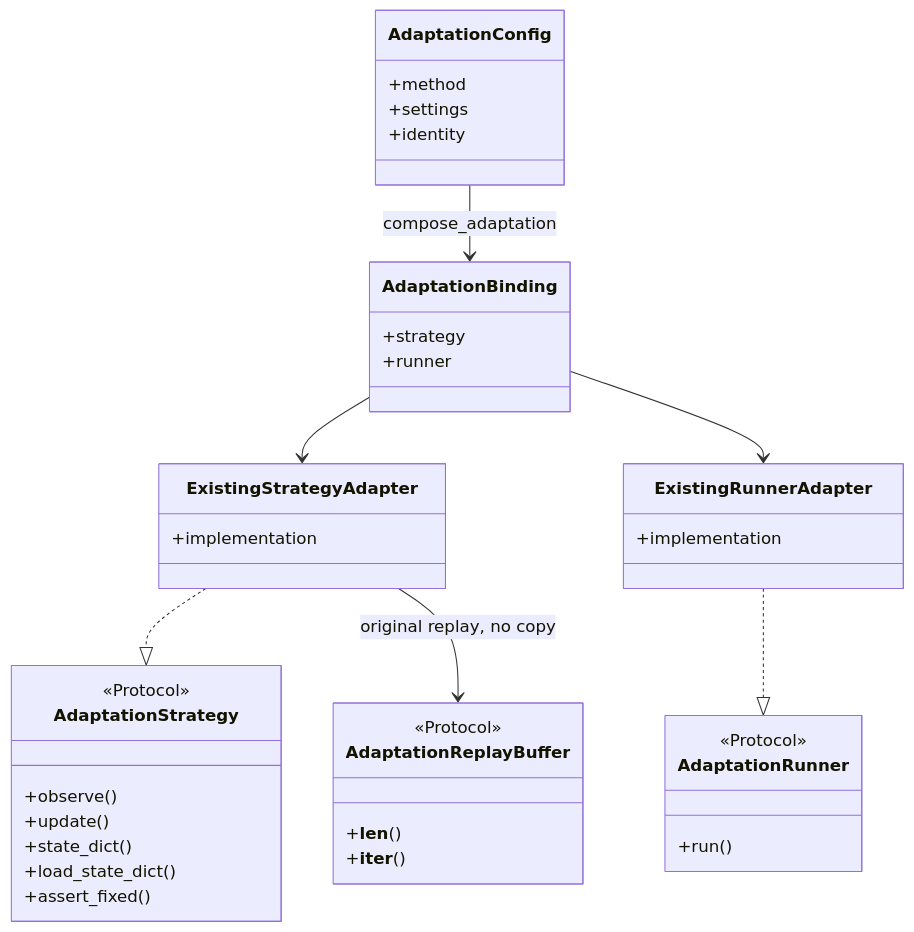
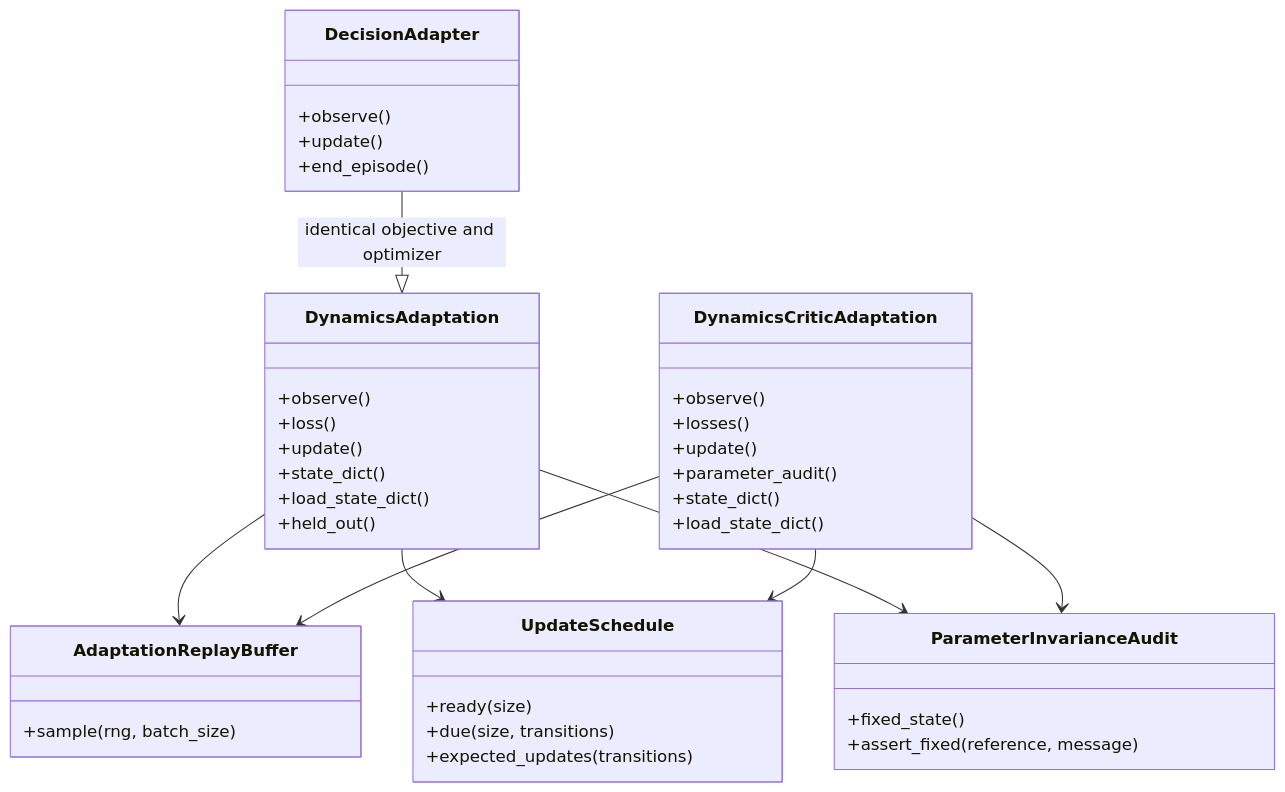
Before and after one commit to Revivekirin/tdmpc2: the second of 2 diagrams in tdmpc2/docs/research/ARCHITECTURE.md, drawn with Mermaid. The commit also changed other lines of this file and 18 other files, not shown here.

````diff
--- a/tdmpc2/docs/research/ARCHITECTURE.md
+++ b/tdmpc2/docs/research/ARCHITECTURE.md
@@ -13,41 +42,43 @@
 ```mermaid
 classDiagram
-  class AdaptationConfig {
-    +method
-    +settings
-    +identity
-  }
-  class AdaptationStrategy {
-    <<Protocol>>
+  class DynamicsAdaptation {
     +observe()
+    +loss()
     +update()
     +state_dict()
     +load_state_dict()
-    +assert_fixed()
+    +held_out()
   }
-  class AdaptationRunner {
-    <<Protocol>>
-    +run()
+  class DecisionAdapter {
+    +observe()
+    +update()
+    +end_episode()
+  }
+  class DynamicsCriticAdaptation {
+    +observe()
+    +losses()
+    +update()
+    +parameter_audit()
+    +state_dict()
+    +load_state_dict()
   }
   class AdaptationReplayBuffer {
-    <<Protocol>>
-    +__len__()
-    +__iter__()
+    +sample(rng, batch_size)
   }
-  class AdaptationBinding {
-    +strategy
-    +runner
+  class UpdateSchedule {
+    +ready(size)
+    +due(size, transitions)
+    +expected_updates(transitions)
   }
-  class ExistingStrategyAdapter {
-    +implementation
+  class ParameterInvarianceAudit {
+    +fixed_state()
+    +assert_fixed(reference, message)
   }
-  class ExistingRunnerAdapter {
-    +implementation
-  }
-  AdaptationConfig --> AdaptationBinding : compose_adaptation
-  AdaptationBinding --> ExistingStrategyAdapter
-  AdaptationBinding --> ExistingRunnerAdapter
-  ExistingStrategyAdapter ..|> AdaptationStrategy
-  ExistingRunnerAdapter ..|> AdaptationRunner
-  ExistingStrategyAdapter --> AdaptationReplayBuffer : original replay, no copy
+  DecisionAdapter --|> DynamicsAdaptation : identical objective and optimizer
+  DynamicsAdaptation --> AdaptationReplayBuffer
+  DynamicsCriticAdaptation --> AdaptationReplayBuffer
+  DynamicsAdaptation --> UpdateSchedule
+  DynamicsCriticAdaptation --> UpdateSchedule
+  DynamicsAdaptation --> ParameterInvarianceAudit
+  DynamicsCriticAdaptation --> ParameterInvarianceAudit
 ```
````
